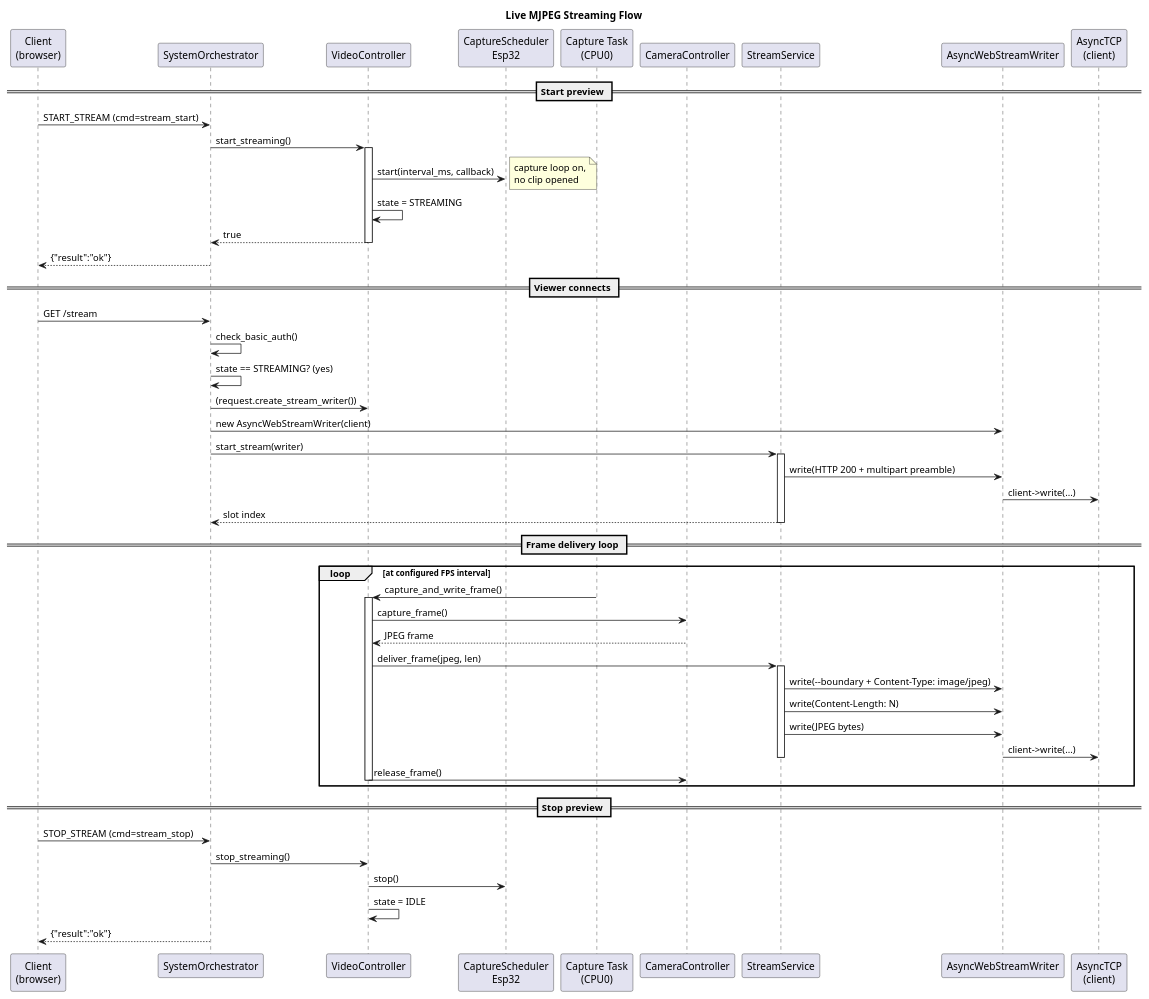
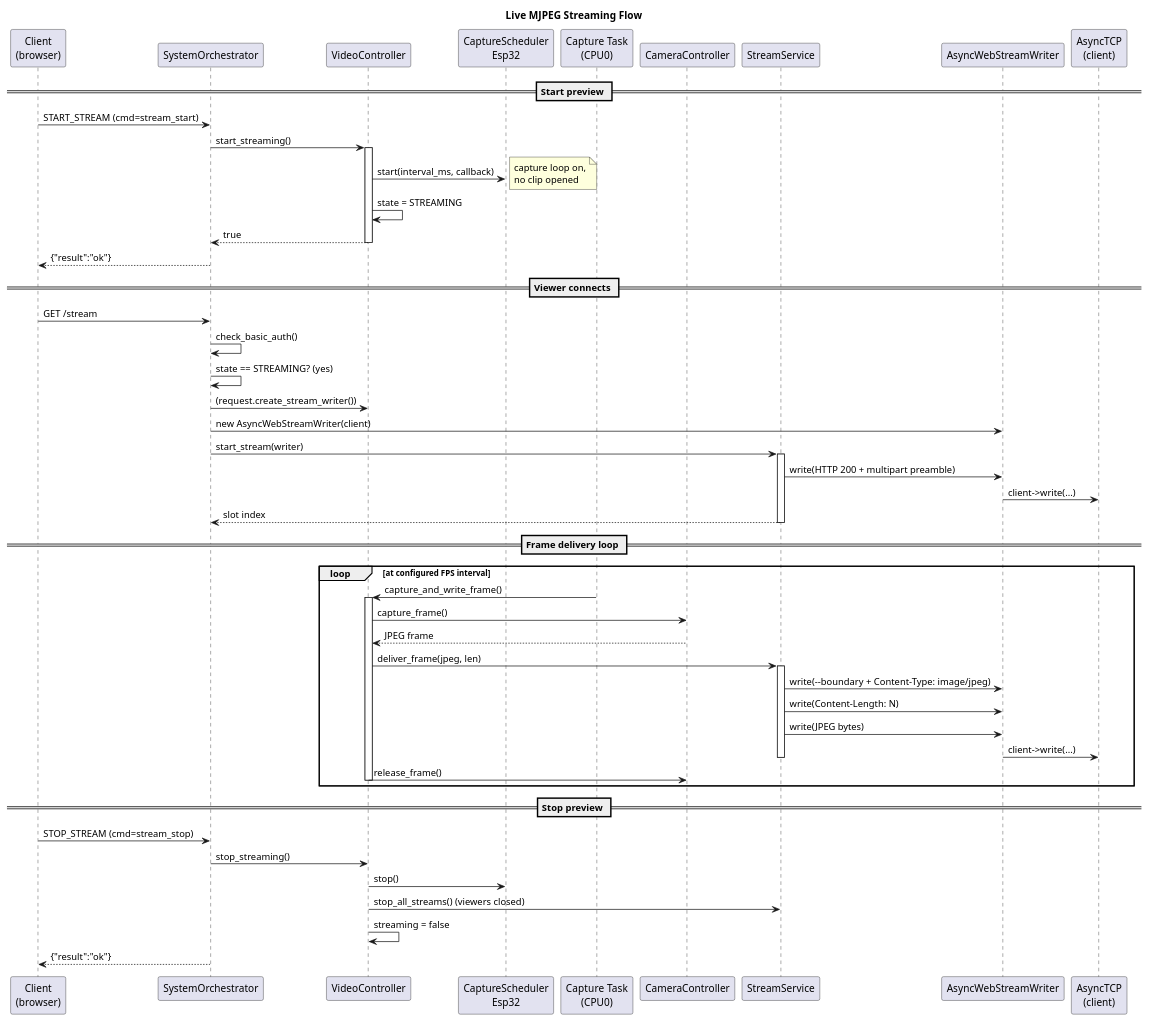
The seventh of 8 diagrams in docs/SYSTEM_DESIGN.md (timwalsh41/micro-security-cam), drawn with PlantUML before and after one commit. The commit also changed other lines of this file and 1 other file, not shown here.

First line of the commit message:
Document independent recording/streaming activity model

````diff
--- a/docs/SYSTEM_DESIGN.md
+++ b/docs/SYSTEM_DESIGN.md
@@ -1652,70 +1677,71 @@
 ```plantuml
 @startuml
 title Live MJPEG Streaming Flow
 
 participant "Client\n(browser)" as CLIENT
 participant "SystemOrchestrator" as ORCH
 participant "VideoController" as VC
 participant "CaptureScheduler\nEsp32" as CS
 participant "Capture Task\n(CPU0)" as TASK
 participant "CameraController" as CAM
 participant "StreamService" as SS
 participant "AsyncWebStreamWriter" as WRITER
 participant "AsyncTCP\n(client)" as TCP
 
 == Start preview ==
 
 CLIENT -> ORCH : START_STREAM (cmd=stream_start)
 ORCH -> VC : start_streaming()
 activate VC
 VC -> CS : start(interval_ms, callback)
 note right: capture loop on,\nno clip opened
 VC -> VC : state = STREAMING
 VC --> ORCH : true
 deactivate VC
 ORCH --> CLIENT : {"result":"ok"}
 
 == Viewer connects ==
 
 CLIENT -> ORCH : GET /stream
 ORCH -> ORCH : check_basic_auth()
 ORCH -> ORCH : state == STREAMING? (yes)
 ORCH -> VC : (request.create_stream_writer())
 ORCH -> WRITER : new AsyncWebStreamWriter(client)
 ORCH -> SS : start_stream(writer)
 activate SS
 SS -> WRITER : write(HTTP 200 + multipart preamble)
 WRITER -> TCP : client->write(...)
 SS --> ORCH : slot index
 deactivate SS
 
 == Frame delivery loop ==
 
 loop at configured FPS interval
 
 TASK -> VC : capture_and_write_frame()
 activate VC
 VC -> CAM : capture_frame()
 CAM --> VC : JPEG frame
 VC -> SS : deliver_frame(jpeg, len)
 activate SS
 SS -> WRITER : write(--boundary + Content-Type: image/jpeg)
 SS -> WRITER : write(Content-Length: N)
 SS -> WRITER : write(JPEG bytes)
 WRITER -> TCP : client->write(...)
 deactivate SS
 VC -> CAM : release_frame()
 deactivate VC
 
 end
 
 == Stop preview ==
 
 CLIENT -> ORCH : STOP_STREAM (cmd=stream_stop)
 ORCH -> VC : stop_streaming()
 VC -> CS : stop()
-VC -> VC : state = IDLE
+VC -> SS : stop_all_streams() (viewers closed)
+VC -> VC : streaming = false
 ORCH --> CLIENT : {"result":"ok"}
 
 @enduml
 ```
````
